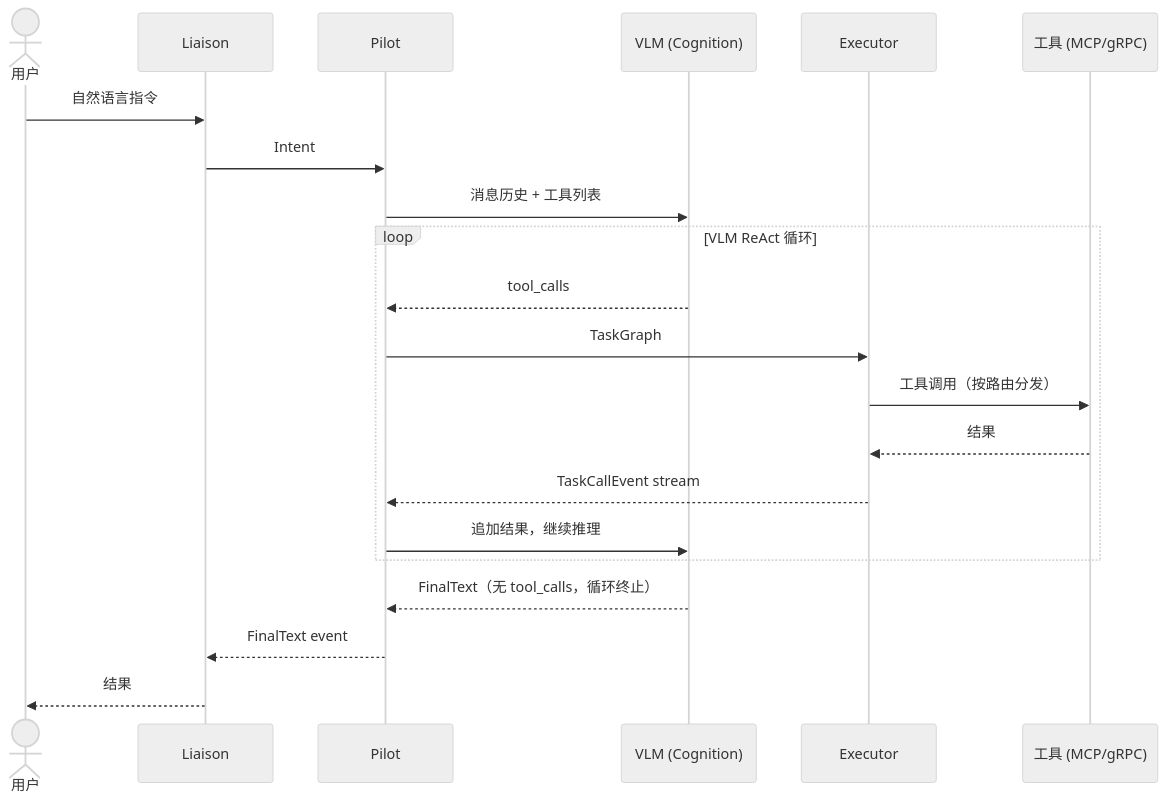
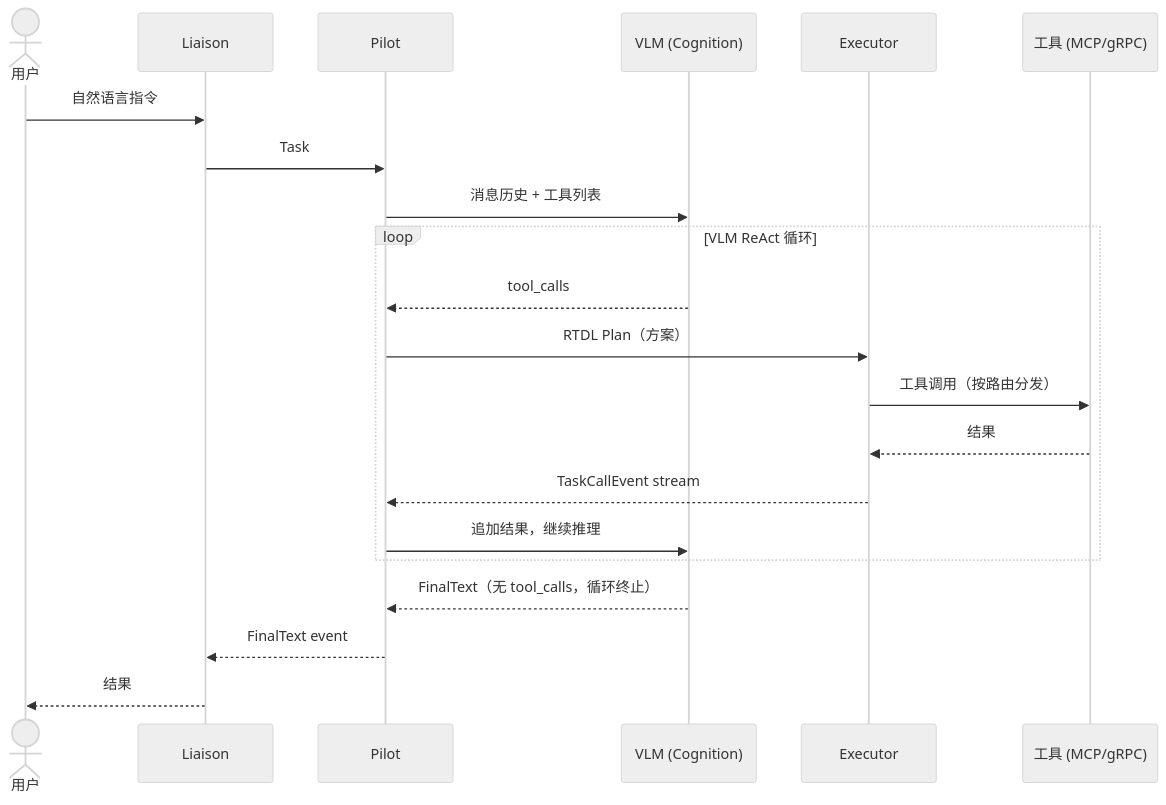
The diagram in src/architecture/overview.md (syswonder/robonix-book), drawn with Mermaid before and after one commit. The commit also changed other lines of this file and 14 other files, not shown here.

First line of the commit message:
docs: rename Intent→Task, drop runtime/ from system service paths, clarify Agent Skills vs Robonix Skill

````diff
--- a/src/architecture/overview.md
+++ b/src/architecture/overview.md
@@ -16,27 +16,27 @@
 ```mermaid
 %%{init: {'theme': 'neutral'}}%%
 sequenceDiagram
     actor U as 用户
     participant L as Liaison
     participant P as Pilot
     participant V as VLM (Cognition)
     participant E as Executor
     participant T as 工具 (MCP/gRPC)
 
     U->>L: 自然语言指令
-    L->>P: Intent
+    L->>P: Task
     P->>V: 消息历史 + 工具列表
 
     loop VLM ReAct 循环
         V-->>P: tool_calls
-        P->>E: TaskGraph
+        P->>E: RTDL Plan（方案）
         E->>T: 工具调用（按路由分发）
         T-->>E: 结果
         E-->>P: TaskCallEvent stream
         P->>V: 追加结果，继续推理
     end
 
     V-->>P: FinalText（无 tool_calls，循环终止）
     P-->>L: FinalText event
     L-->>U: 结果
 ```
````
